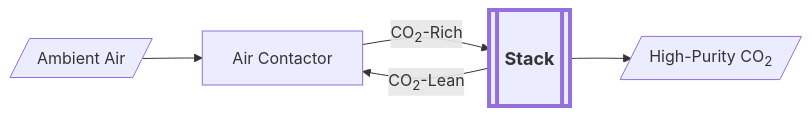
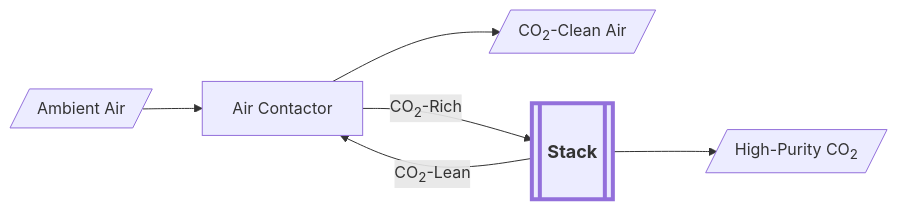
One commit to yuroucelinexiao/ionic-stacks changed the first of 2 diagrams in content/tech/cdr/dac/_index.md. Above: the diagram before and after it, drawn with Mermaid. The commit also changed other lines of this file and 34 other files, not shown here.

```diff
--- a/content/tech/cdr/dac/_index.md
+++ b/content/tech/cdr/dac/_index.md
@@ -24,20 +24,23 @@
 {{<mermaid >}}
   flowchart LR
 
   %% define the nodes
     Ambient[/"Ambient Air"/]
     Contactor["Air Contactor"]
+    Clean[/"CO<sub>2</sub>-Clean Air"/]
+    Pure[/"High-Purity CO<sub>2</sub>"/]
     Stack[["Stack"]]
-    Pure[/"High-Purity CO<sub>2</sub>"/]
+    
 
   %% define the flow
     Ambient --> Contactor
-    Contactor -->|CO<sub>2</sub>-Rich| Stack
+    Contactor --> Clean
+    Contactor --> |CO<sub>2</sub>-Rich| Stack
     Stack --> |CO<sub>2</sub>-Lean| Contactor
     Stack --> Pure
 
    %% styling
     classDef StackStyle padding:25px 50px,stroke-width:4px,font-weight:bold,font-size:18px;
     class Stack StackStyle
 
 {{</mermaid >}}
```
